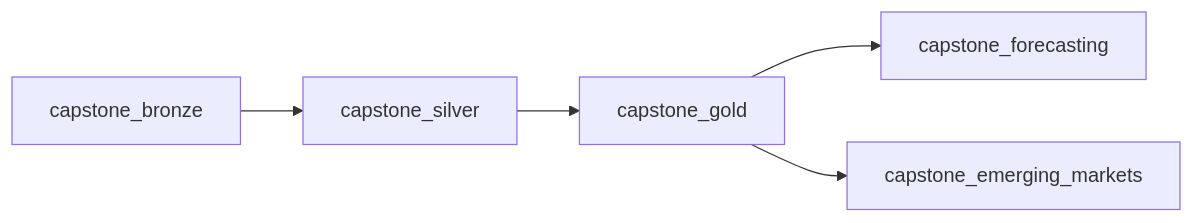
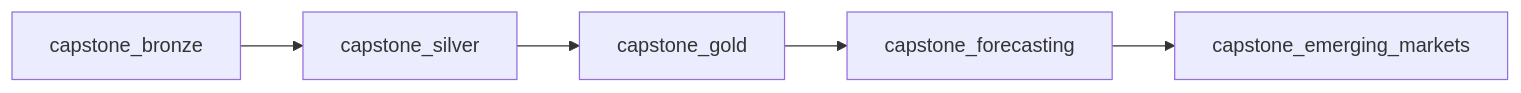
The second of 2 diagrams in capstone/README.md (Shivam-Motwani/Chubb-Assignments), drawn with Mermaid before and after one commit.

Commit message:
change project README-2

````diff
--- a/capstone/README.md
+++ b/capstone/README.md
@@ -162,7 +162,7 @@
 ```mermaid
 graph LR
     A[capstone_bronze] --> B[capstone_silver]
     B --> C[capstone_gold]
     C --> D[capstone_forecasting]
-    C --> E[capstone_emerging_markets]
+    D --> E[capstone_emerging_markets]
 ```
````
